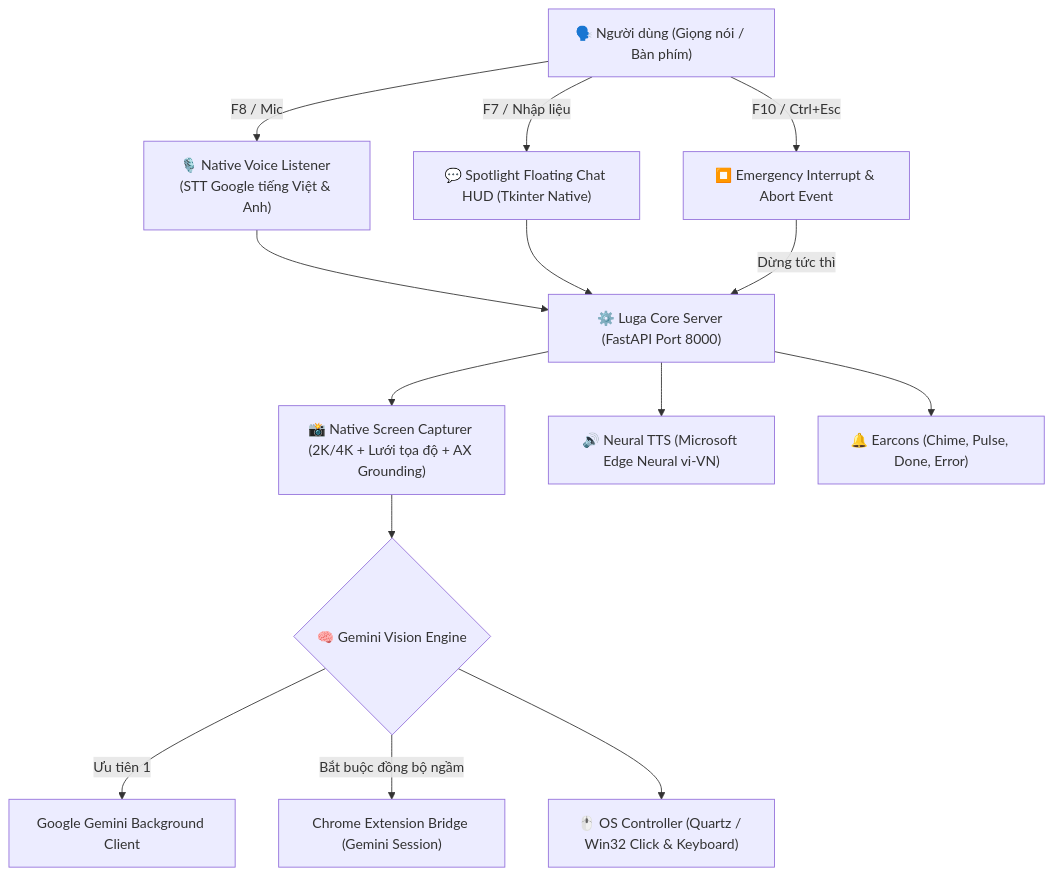
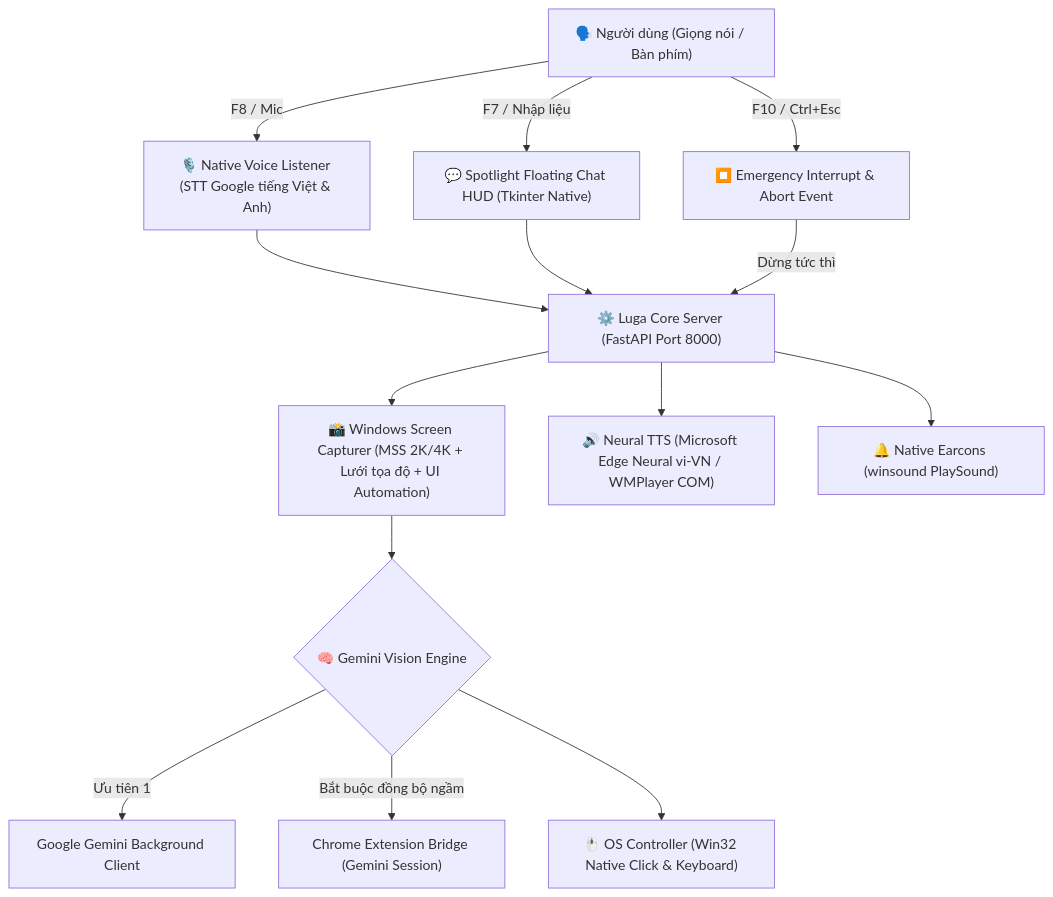
Before and after one commit to oceanondawave/luga-assist: the diagram in README.md, drawn with Mermaid. The commit also changed other lines of this file and 27 other files, not shown here.

Commit message:
feat(windows): transition codebase to 100% Windows-native architecture and remove legacy macOS code

````diff
--- a/README.md
+++ b/README.md
@@ -49,20 +50,20 @@
 ```mermaid
 graph TD
     User["🗣️ Người dùng (Giọng nói / Bàn phím)"] -->|F8 / Mic| NativeVoice["🎙️ Native Voice Listener (STT Google tiếng Việt & Anh)"]
     User -->|F7 / Nhập liệu| Spotlight["💬 Spotlight Floating Chat HUD (Tkinter Native)"]
     User -->|F10 / Ctrl+Esc| EmergencyStop["⏹️ Emergency Interrupt & Abort Event"]
 
     NativeVoice --> Hub["⚙️ Luga Core Server (FastAPI Port 8000)"]
     Spotlight --> Hub
     EmergencyStop -->|Dừng tức thì| Hub
 
-    Hub --> ScreenCap["📸 Native Screen Capturer (2K/4K + Lưới tọa độ + AX Grounding)"]
+    Hub --> ScreenCap["📸 Windows Screen Capturer (MSS 2K/4K + Lưới tọa độ + UI Automation)"]
     ScreenCap --> GeminiEngine{"🧠 Gemini Vision Engine"}
 
     GeminiEngine -->|Ưu tiên 1| BgSession["Google Gemini Background Client"]
     GeminiEngine -->|Bắt buộc đồng bộ ngầm| ExtBridge["Chrome Extension Bridge (Gemini Session)"]
 
-    GeminiEngine --> OSControl["🖱️ OS Controller (Quartz / Win32 Click & Keyboard)"]
-    Hub --> TTS["🔊 Neural TTS (Microsoft Edge Neural vi-VN)"]
-    Hub --> Sounds["🔔 Earcons (Chime, Pulse, Done, Error)"]
+    GeminiEngine --> OSControl["🖱️ OS Controller (Win32 Native Click & Keyboard)"]
+    Hub --> TTS["🔊 Neural TTS (Microsoft Edge Neural vi-VN / WMPlayer COM)"]
+    Hub --> Sounds["🔔 Native Earcons (winsound PlaySound)"]
 ```
````
